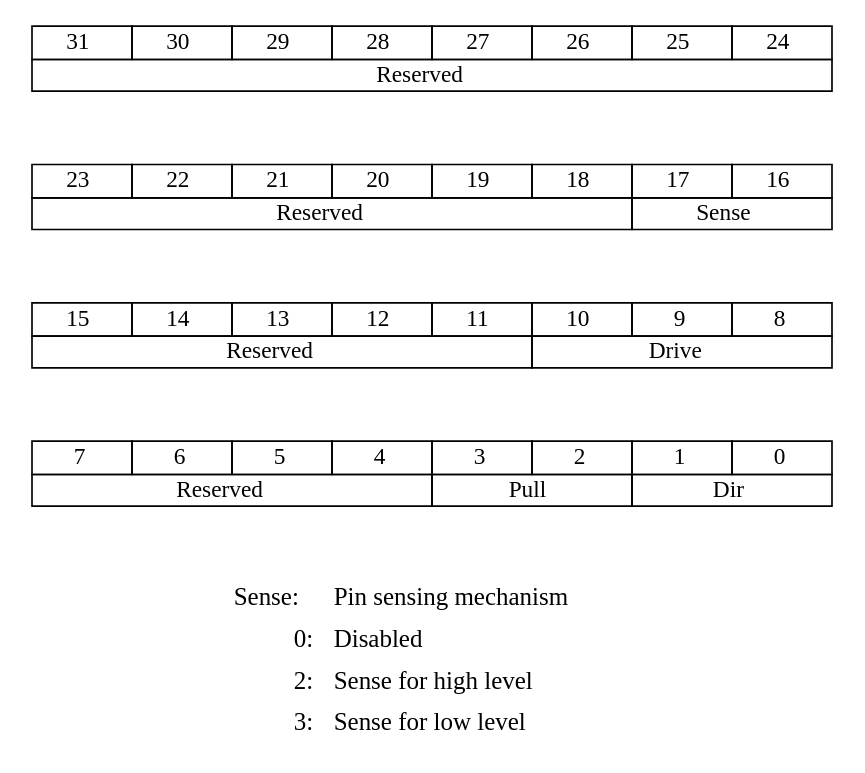
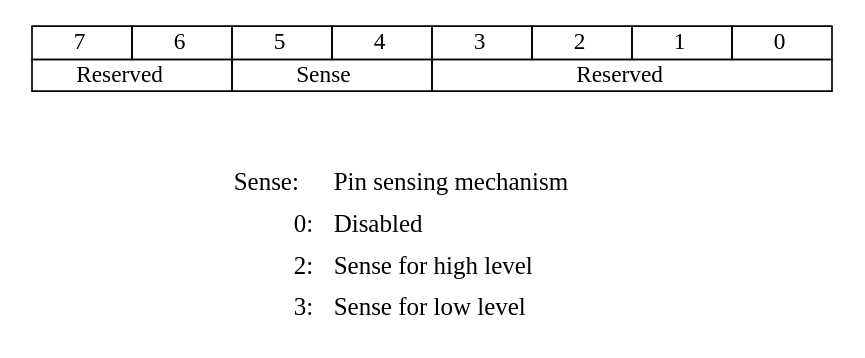
Before and after one commit to Fabien-Chouteau/talks: the diagram in diagrams/register_definition.dot, drawn with Graphviz. The commit also changed 27 other files, not shown here.

```diff
--- a/diagrams/register_definition.dot
+++ b/diagrams/register_definition.dot
@@ -1,87 +1,31 @@
 digraph registerdefinition{
        node [shape=none];
-       reg1[label=<
-                 <TABLE BORDER="0" CELLBORDER="1" CELLSPACING="0" CELLPADDING="1">
-                 <TR>
-                   <TD width="60" height="20" fixedsize="true">31</TD>
-                   <TD width="60" height="20" fixedsize="true">30</TD>
-                   <TD width="60" height="20" fixedsize="true">29</TD>
-                   <TD width="60" height="20" fixedsize="true">28</TD>
-                   <TD width="60" height="20" fixedsize="true">27</TD>
-                   <TD width="60" height="20" fixedsize="true">26</TD>
-                   <TD width="60" height="20" fixedsize="true">25</TD>
-                   <TD width="60" height="20" fixedsize="true">24</TD>
-                 </TR>
-                 <TR>
-                   <TD COLSPAN="8">Reserved</TD>
-                 </TR>
-                 </TABLE>>];
-
-        reg2[label=<
-                 <TABLE BORDER="0" CELLBORDER="1" CELLSPACING="0" CELLPADDING="1">
-                 <TR>
-                   <TD width="60" height="20" fixedsize="true">23</TD>
-                   <TD width="60" height="20" fixedsize="true">22</TD>
-                   <TD width="60" height="20" fixedsize="true">21</TD>
-                   <TD width="60" height="20" fixedsize="true">20</TD>
-                   <TD width="60" height="20" fixedsize="true">19</TD>
-                   <TD width="60" height="20" fixedsize="true">18</TD>
-                   <TD width="60" height="20" fixedsize="true">17</TD>
-                   <TD width="60" height="20" fixedsize="true">16</TD>
-                 </TR>
-                 <TR>
-                   <TD COLSPAN="6">Reserved</TD>
-                   <TD COLSPAN="2">Sense</TD>
-                 </TR>
-                 </TABLE>>];
-
-       reg3[label=<
-                 <TABLE BORDER="0" CELLBORDER="1" CELLSPACING="0" CELLPADDING="1">
-                 <TR>
-                   <TD width="60" height="20" fixedsize="true">15</TD>
-                   <TD width="60" height="20" fixedsize="true">14</TD>
-                   <TD width="60" height="20" fixedsize="true">13</TD>
-                   <TD width="60" height="20" fixedsize="true">12</TD>
-                   <TD width="60" height="20" fixedsize="true">11</TD>
-                   <TD width="60" height="20" fixedsize="true">10</TD>
-                   <TD width="60" height="20" fixedsize="true">9</TD>
-                   <TD width="60" height="20" fixedsize="true">8</TD>
-                 </TR>
-                 <TR>
-                   <TD COLSPAN="5">Reserved</TD>
-                   <TD COLSPAN="3">Drive</TD>
-                 </TR>
-                 </TABLE>>];
-
-       reg4[label=<
+       reg[label=<
                  <TABLE BORDER="0" CELLBORDER="1" CELLSPACING="0" CELLPADDING="1">
                  <TR>
                    <TD width="60" height="20" fixedsize="true">7</TD>
                    <TD width="60" height="20" fixedsize="true">6</TD>
                    <TD width="60" height="20" fixedsize="true">5</TD>
                    <TD width="60" height="20" fixedsize="true">4</TD>
                    <TD width="60" height="20" fixedsize="true">3</TD>
                    <TD width="60" height="20" fixedsize="true">2</TD>
                    <TD width="60" height="20" fixedsize="true">1</TD>
                    <TD width="60" height="20" fixedsize="true">0</TD>
                  </TR>
                  <TR>
+                   <TD COLSPAN="2">Reserved</TD>
+                   <TD COLSPAN="2">Sense</TD>
                    <TD COLSPAN="4">Reserved</TD>
-                   <TD COLSPAN="2">Pull</TD>
-                   <TD COLSPAN="2">Dir</TD>
                  </TR>
                  </TABLE>>];
 
        cfg_def[fontsize = 15, label=<
                  <TABLE BORDER="0" CELLBORDER="0" CELLSPACING="0" CELLPADDING="4">
                  <TR><TD align="right">Sense:</TD><TD align="left">Pin sensing mechanism</TD></TR>
                  <TR><TD align="right">0:</TD>    <TD align="left">Disabled</TD></TR>
                  <TR><TD align="right">2:</TD>    <TD align="left">Sense for high level</TD></TR>
                  <TR><TD align="right">3:</TD>    <TD align="left">Sense for low level</TD></TR>
                  </TABLE>>];
 
-        reg1 -> reg2[style=invis];
-        reg2 -> reg3[style=invis];
-        reg3 -> reg4[style=invis];
-        reg4 -> cfg_def [style=invis];
+        reg -> cfg_def [style=invis];
 }
```
